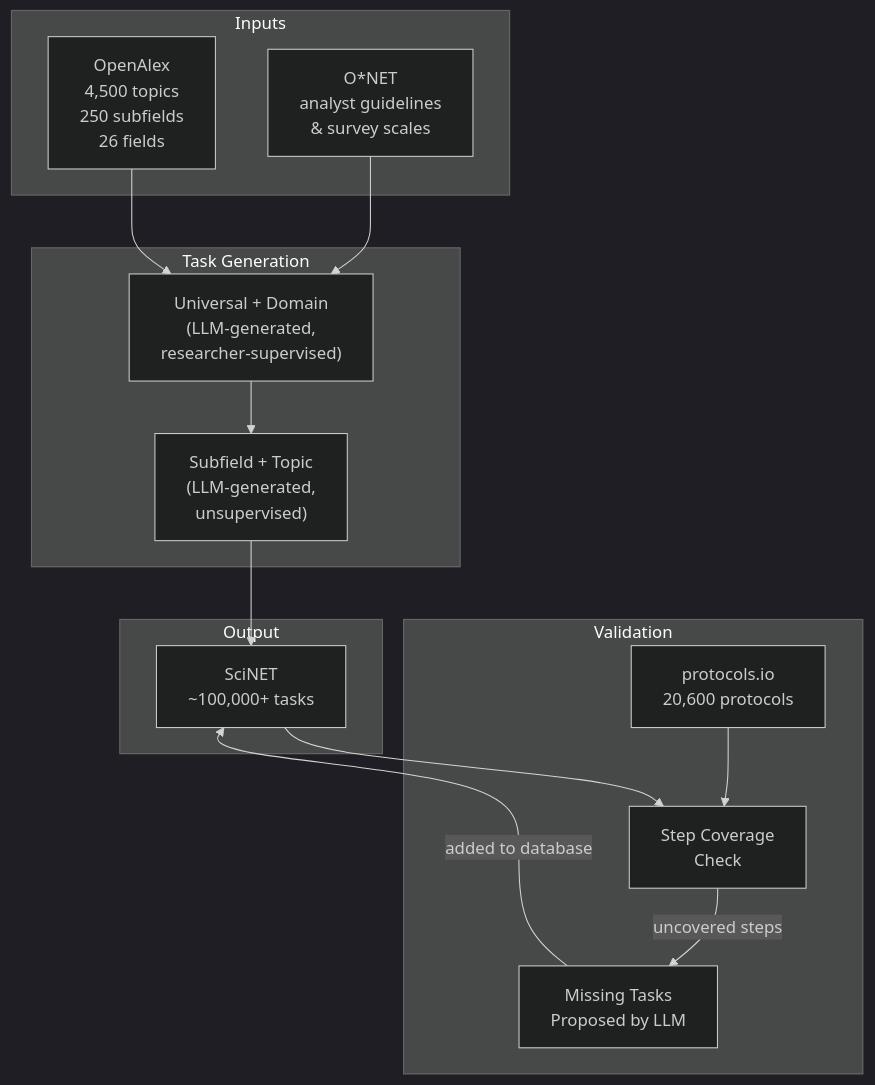
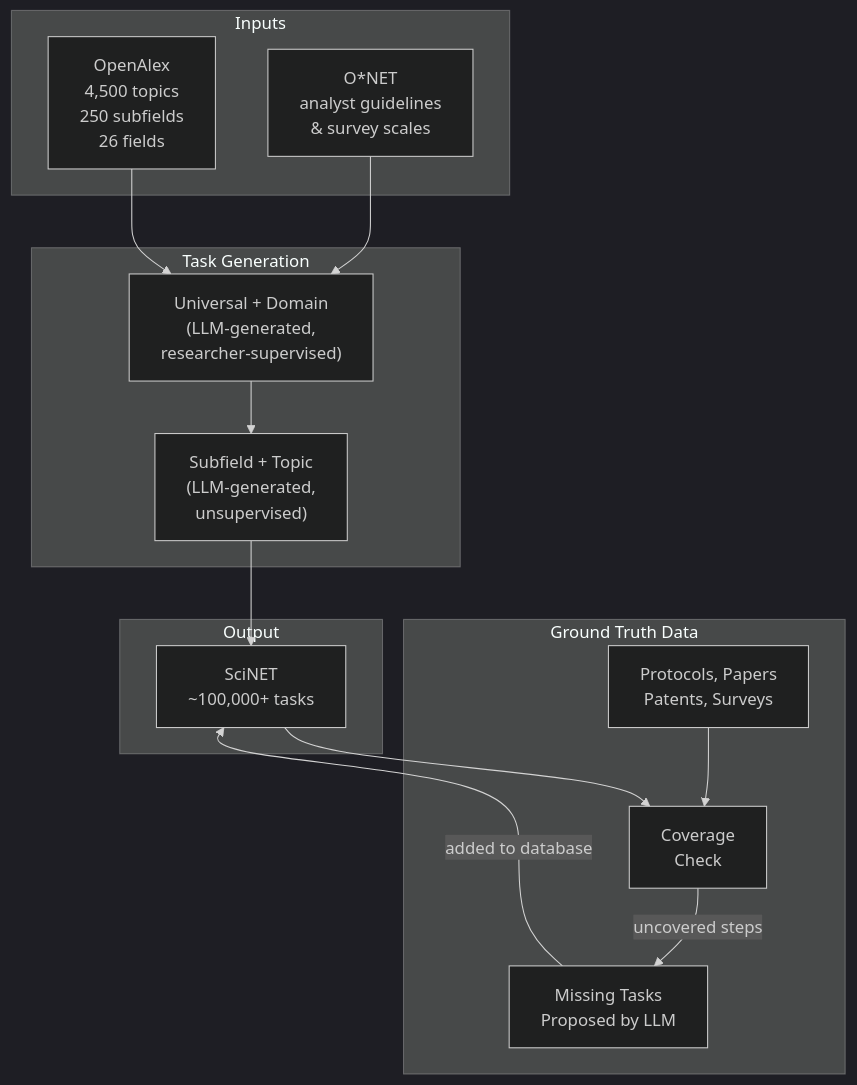
The diagram in METHODOLOGY.md (lukasalthoff/scinet), drawn with Mermaid (dark theme) before and after one commit. The commit also changed other lines of this file, not shown here.

Commit message:
Reframe Section 6 as Data Enrichment with task ratings, bibliometrics, and verifiability

````diff
--- a/METHODOLOGY.md
+++ b/METHODOLOGY.md
@@ -5,31 +5,31 @@
 ```mermaid
 flowchart TD
     subgraph inputs [Inputs]
         OA["OpenAlex\n4,500 topics\n250 subfields\n26 fields"]
         ONET["O*NET\nanalyst guidelines\n& survey scales"]
     end
 
     subgraph generation [Task Generation]
         L12["Universal + Domain\n(LLM-generated,\nresearcher-supervised)"]
         L34["Subfield + Topic\n(LLM-generated,\nunsupervised)"]
         L12 --> L34
     end
 
-    subgraph validation [Validation]
-        PIO["protocols.io\n20,600 protocols"]
-        COV["Step Coverage\nCheck"]
+    subgraph validation [Ground Truth Data]
+        PIO["Protocols, Papers\nPatents, Surveys"]
+        COV["Coverage\nCheck"]
         NEW["Missing Tasks\nProposed by LLM"]
     end
 
     subgraph output [Output]
         DB["SciNET\n~100,000+ tasks"]
     end
 
     OA --> L12
     ONET --> L12
     L34 --> DB
     DB --> COV
     PIO --> COV
     COV -->|"uncovered steps"| NEW
     NEW -->|"added to database"| DB
 ```
````
